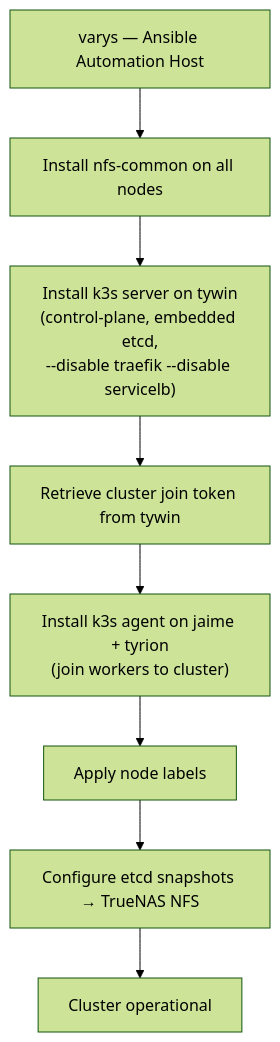
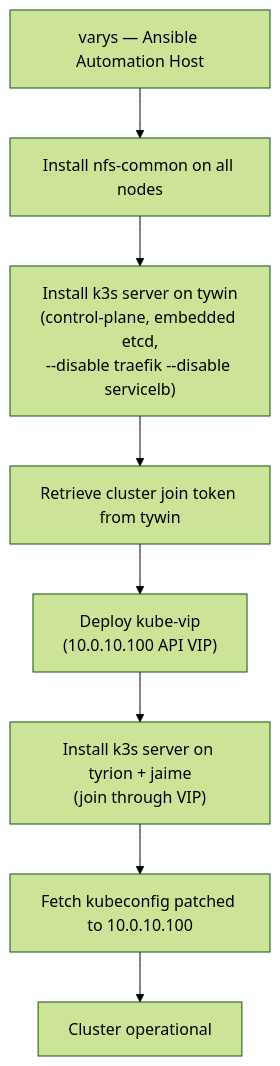
One commit to Kagiso-me/homelab-infrastructure changed the second of 2 diagrams in docs/guides/02-Kubernetes-Installation.md. Above: the diagram before and after it, drawn with Mermaid (forest theme). The commit also changed other lines of this file and 40 other files, not shown here.

````diff
--- a/docs/guides/02-Kubernetes-Installation.md
+++ b/docs/guides/02-Kubernetes-Installation.md
@@ -182,10 +183,10 @@
 ```mermaid
 graph TD
     A["varys — Ansible Automation Host"] --> B["Install nfs-common on all nodes"]
     B --> C["Install k3s server on tywin<br/>(control-plane, embedded etcd,<br/>--disable traefik --disable servicelb)"]
     C --> D["Retrieve cluster join token from tywin"]
-    D --> E["Install k3s agent on jaime + tyrion<br/>(join workers to cluster)"]
-    E --> F["Apply node labels"]
-    F --> G["Configure etcd snapshots → TrueNAS NFS"]
+    D --> E["Deploy kube-vip<br/>(10.0.10.100 API VIP)"]
+    E --> F["Install k3s server on tyrion + jaime<br/>(join through VIP)"]
+    F --> G["Fetch kubeconfig patched to 10.0.10.100"]
     G --> H["Cluster operational"]
 ```
````
